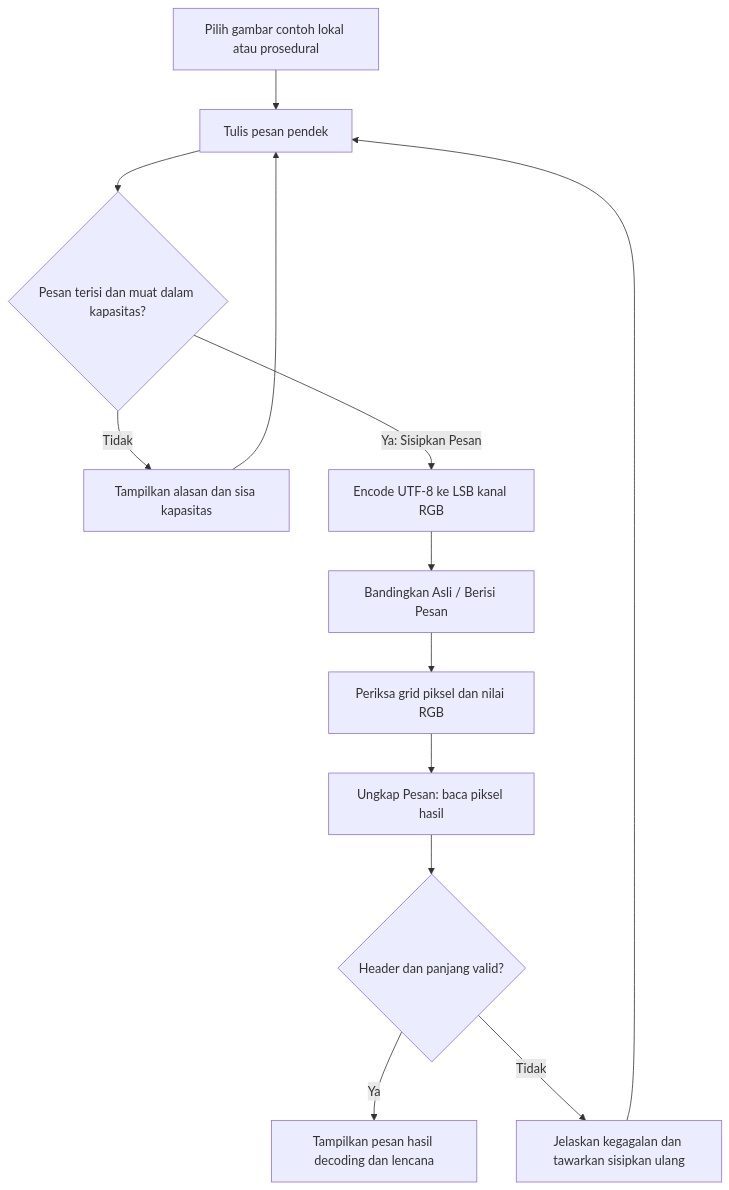
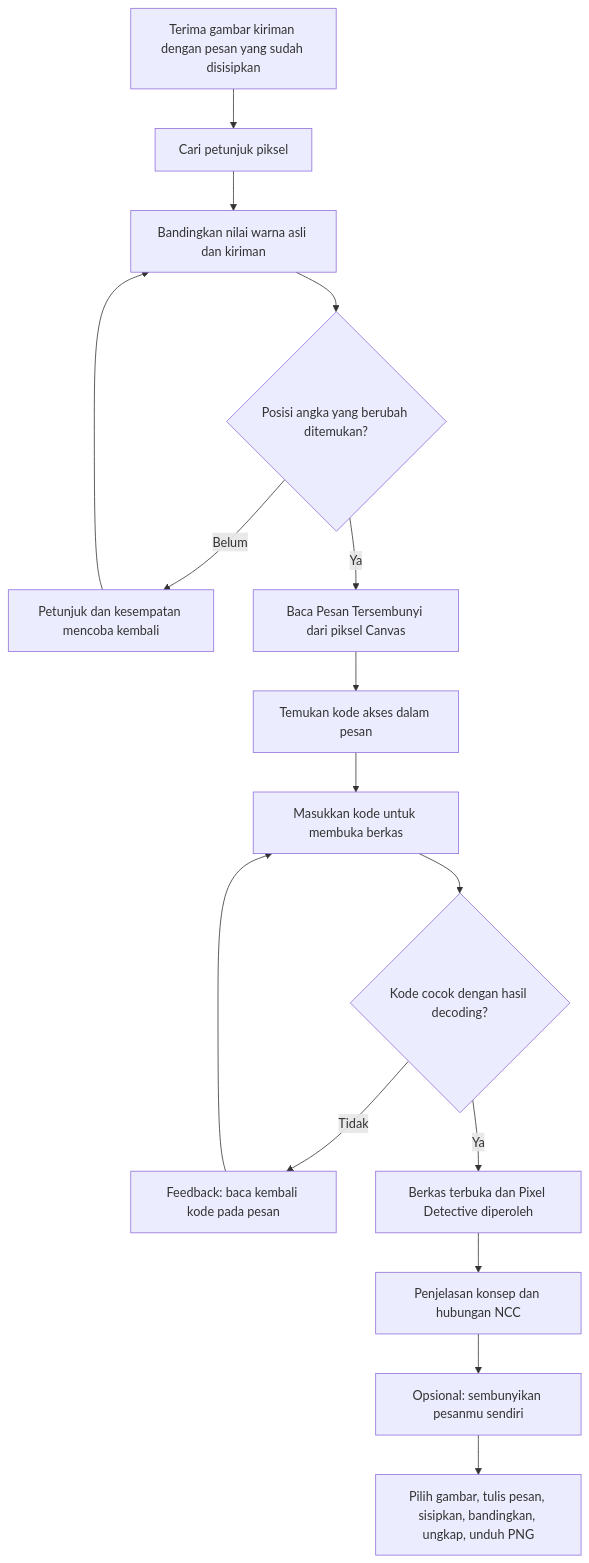
Before and after one commit to ncclaboratory18/get-to-know-ncc: the third of 6 diagrams in docs/website-flow.md, drawn with Mermaid. The commit also changed other lines of this file and 11 other files, not shown here.

````diff
--- a/docs/website-flow.md
+++ b/docs/website-flow.md
@@ -103,15 +107,18 @@
 ```mermaid
 flowchart TD
-    A["Pilih gambar contoh lokal atau prosedural"] --> B["Tulis pesan pendek"]
-    B --> C{"Pesan terisi dan muat dalam kapasitas?"}
-    C -->|Tidak| D["Tampilkan alasan dan sisa kapasitas"]
-    D --> B
-    C -->|Ya: Sisipkan Pesan| E["Encode UTF-8 ke LSB kanal RGB"]
-    E --> F["Bandingkan Asli / Berisi Pesan"]
-    F --> G["Periksa grid piksel dan nilai RGB"]
-    G --> H["Ungkap Pesan: baca piksel hasil"]
-    H --> I{"Header dan panjang valid?"}
-    I -->|Ya| J["Tampilkan pesan hasil decoding dan lencana"]
-    I -->|Tidak| K["Jelaskan kegagalan dan tawarkan sisipkan ulang"]
-    K --> B
+    A["Terima gambar kiriman dengan pesan yang sudah disisipkan"] --> B["Cari petunjuk piksel"]
+    B --> C["Bandingkan nilai warna asli dan kiriman"]
+    C --> D{"Posisi angka yang berubah ditemukan?"}
+    D -->|Belum| E["Petunjuk dan kesempatan mencoba kembali"]
+    E --> C
+    D -->|Ya| F["Baca Pesan Tersembunyi dari piksel Canvas"]
+    F --> G["Temukan kode akses dalam pesan"]
+    G --> H["Masukkan kode untuk membuka berkas"]
+    H --> I{"Kode cocok dengan hasil decoding?"}
+    I -->|Tidak| J["Feedback: baca kembali kode pada pesan"]
+    J --> H
+    I -->|Ya| K["Berkas terbuka dan Pixel Detective diperoleh"]
+    K --> L["Penjelasan konsep dan hubungan NCC"]
+    L --> M["Opsional: sembunyikan pesanmu sendiri"]
+    M --> N["Pilih gambar, tulis pesan, sisipkan, bandingkan, ungkap, unduh PNG"]
 ```
````
